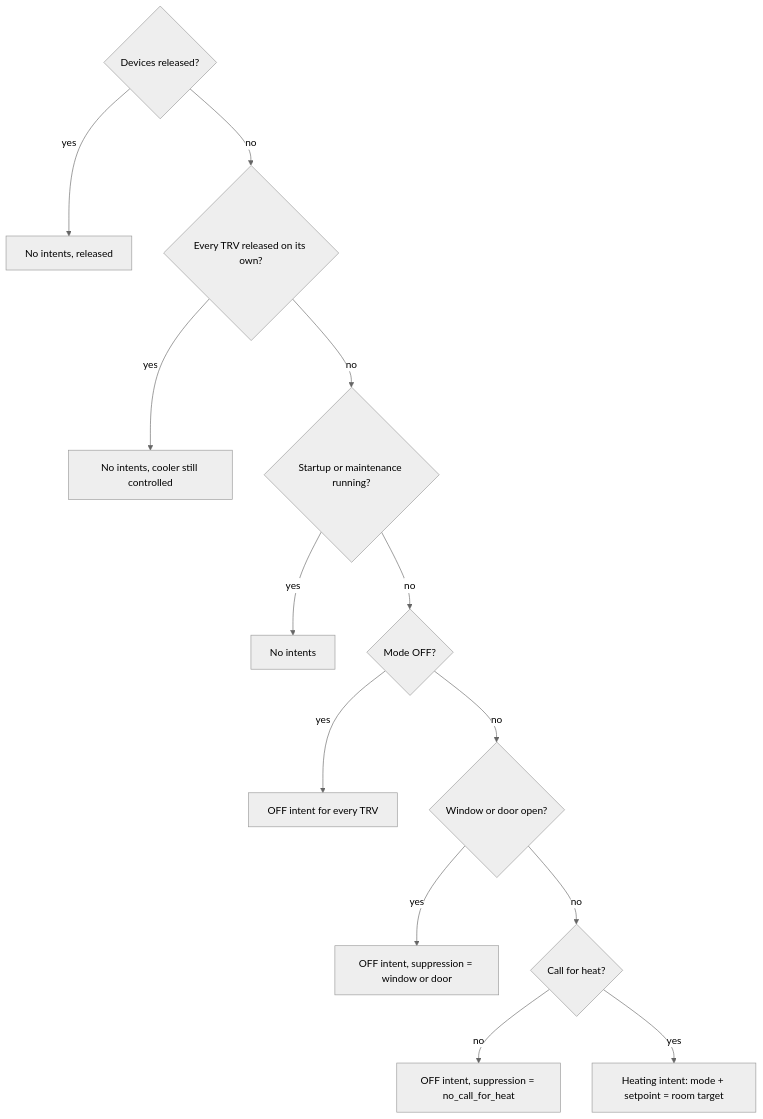
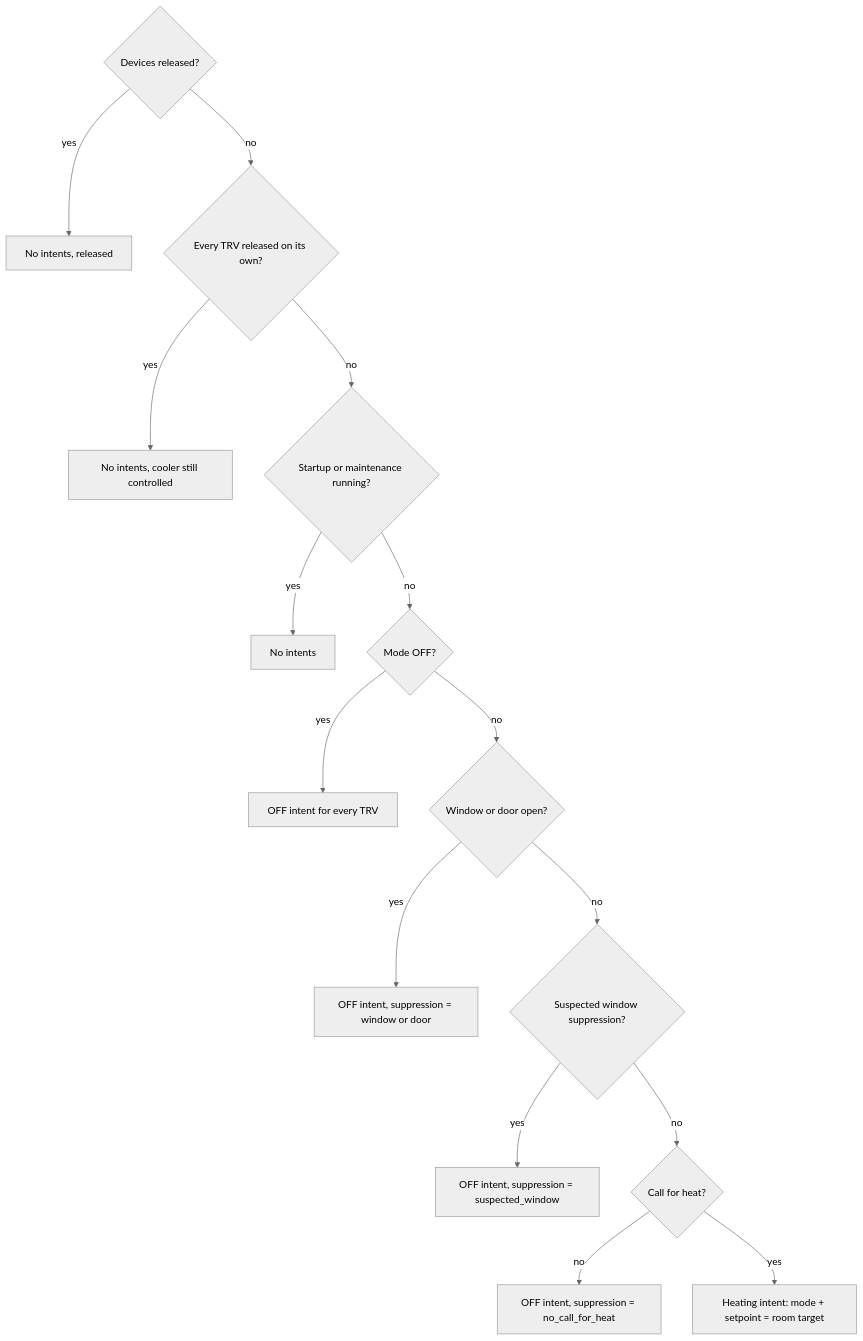
One commit to KartoffelToby/better_thermostat changed the second of 2 diagrams in docs/internals/architecture.md. Above: the diagram before and after it, drawn with Mermaid (neutral theme). The commit also changed other lines of this file and 111 other files, not shown here.

````diff
--- a/docs/internals/architecture.md
+++ b/docs/internals/architecture.md
@@ -88,15 +88,17 @@
 ```mermaid
 flowchart TD
     R{Devices released?} -->|yes| R1[No intents, released]
     R -->|no| T{Every TRV released on its own?}
     T -->|yes| T1[No intents, cooler still controlled]
     T -->|no| A
     A{Startup or maintenance running?} -->|yes| A1[No intents]
     A -->|no| B{Mode OFF?}
     B -->|yes| B1[OFF intent for every TRV]
     B -->|no| C{Window or door open?}
     C -->|yes| C1[OFF intent, suppression = window or door]
-    C -->|no| D{Call for heat?}
+    C -->|no| CW{Suspected window suppression?}
+    CW -->|yes| CW1[OFF intent, suppression = suspected_window]
+    CW -->|no| D{Call for heat?}
     D -->|no| D1[OFF intent, suppression = no_call_for_heat]
     D -->|yes| E[Heating intent: mode + setpoint = room target]
 ```
````
